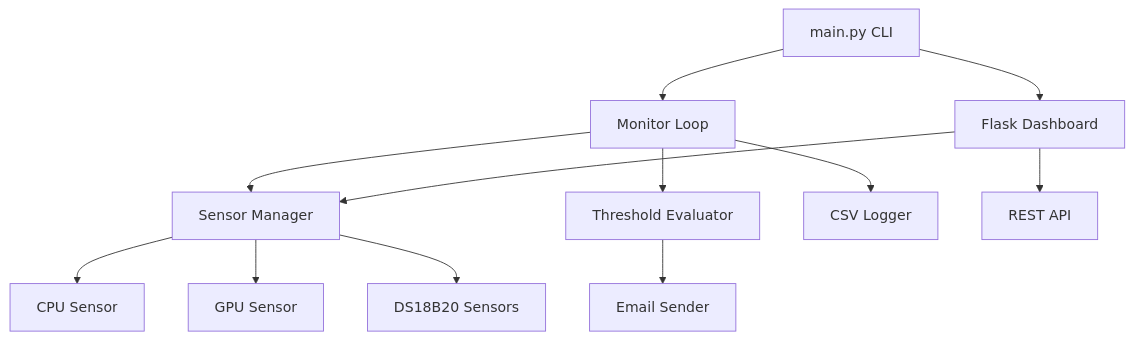
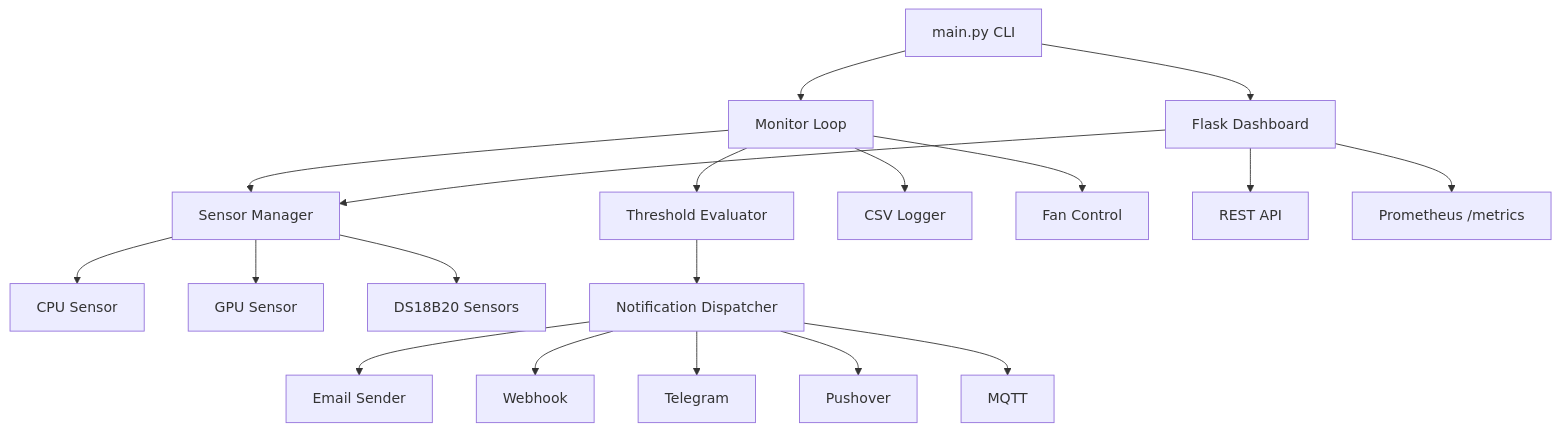
The first of 3 diagrams in README.md (disappointingsupernova/pimon), drawn with Mermaid before and after one commit. The commit also changed other lines of this file, not shown here.

````diff
--- a/README.md
+++ b/README.md
@@ -22,14 +33,21 @@
 ```mermaid
 graph TD
     A[main.py CLI] --> B[Monitor Loop]
     B --> C[Sensor Manager]
     C --> D[CPU Sensor]
     C --> E[GPU Sensor]
     C --> F[DS18B20 Sensors]
     B --> G[Threshold Evaluator]
-    G --> H[Email Sender]
-    B --> I[CSV Logger]
-    A --> J[Flask Dashboard]
-    J --> C
-    J --> K[REST API]
+    G --> H[Notification Dispatcher]
+    H --> I[Email Sender]
+    H --> J[Webhook]
+    H --> K[Telegram]
+    H --> L[Pushover]
+    H --> M[MQTT]
+    B --> N[CSV Logger]
+    B --> O[Fan Control]
+    A --> P[Flask Dashboard]
+    P --> C
+    P --> Q[REST API]
+    P --> R[Prometheus /metrics]
 ```
````
